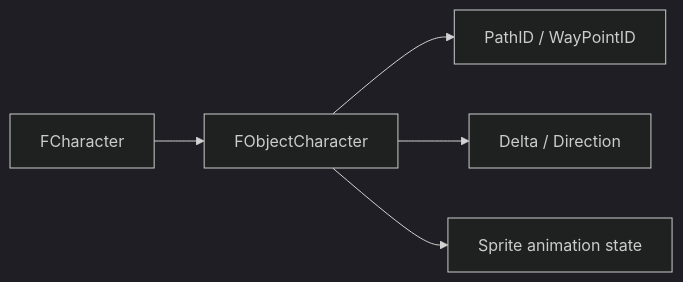
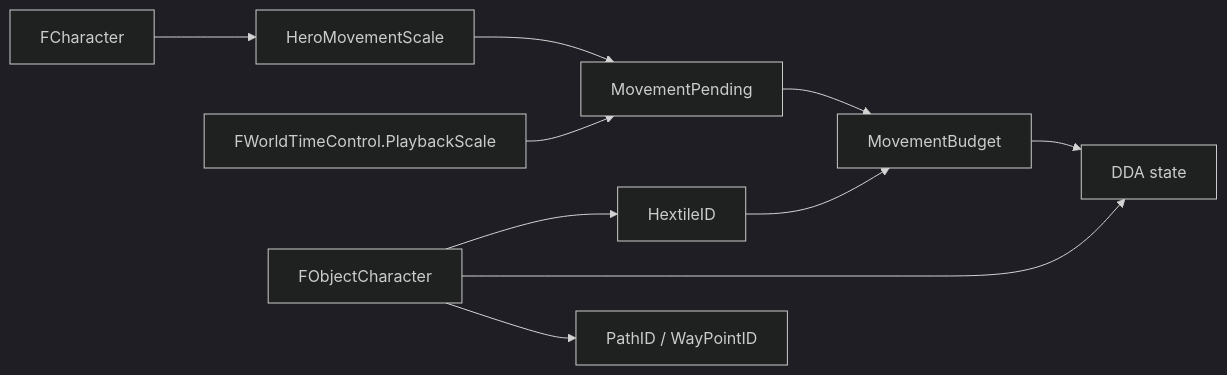
Before and after one commit to DeadlyKom/HoMM: the diagram in Docs/Architecture/13_FObjectCharacter.md, drawn with Mermaid (dark theme). The commit also changed other lines of this file and 23 other files, not shown here.

````diff
--- a/Docs/Architecture/13_FObjectCharacter.md
+++ b/Docs/Architecture/13_FObjectCharacter.md
@@ -109,7 +80,12 @@
 ```mermaid
 flowchart LR
-    Character[FCharacter] --> ObjectCharacter[FObjectCharacter]
-    ObjectCharacter --> Path[PathID / WayPointID]
-    ObjectCharacter --> Motion[Delta / Direction]
-    ObjectCharacter --> SpriteState[Sprite animation state]
+    Character[FCharacter] --> Mobility[HeroMovementScale]
+    WorldTime[FWorldTimeControl.PlaybackScale] --> Movement[MovementPending]
+    Mobility --> Movement
+    ObjectCharacter[FObjectCharacter] --> Path[PathID / WayPointID]
+    ObjectCharacter --> DDA[DDA state]
+    ObjectCharacter --> Surface[HextileID]
+    Movement --> Budget[MovementBudget]
+    Surface --> Budget
+    Budget --> DDA
 ```
````
